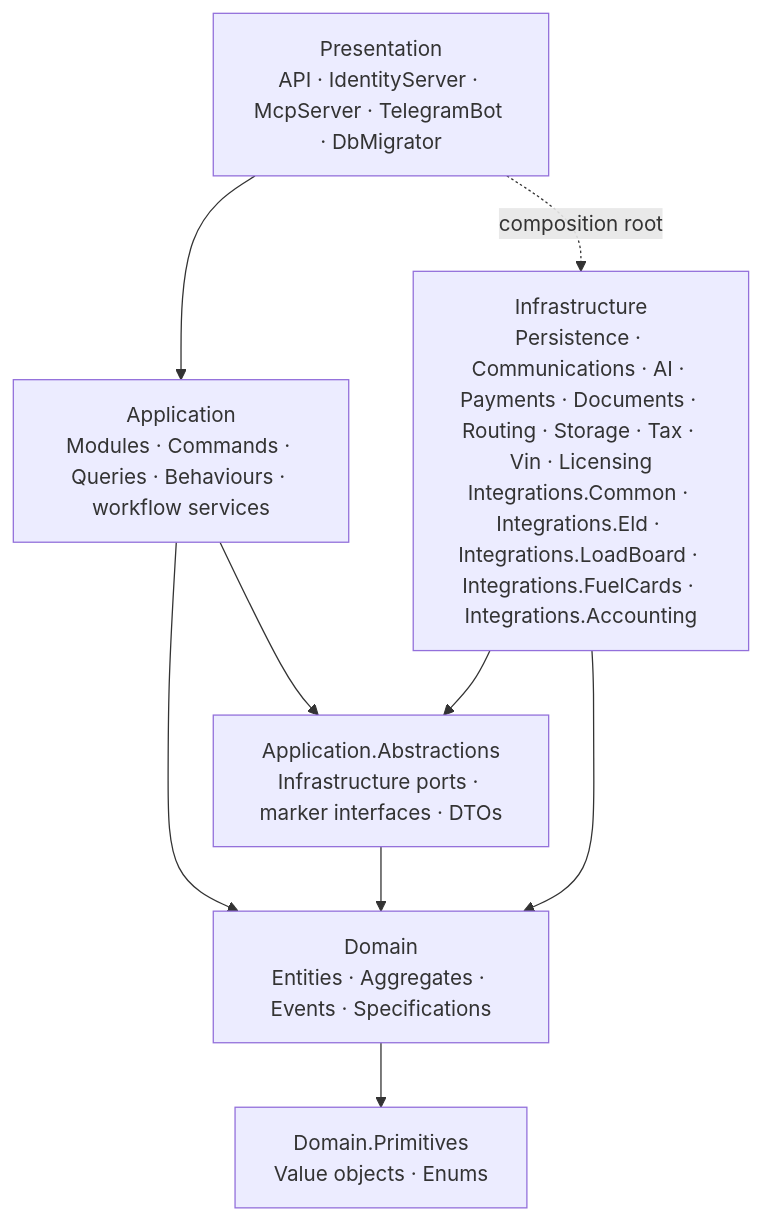
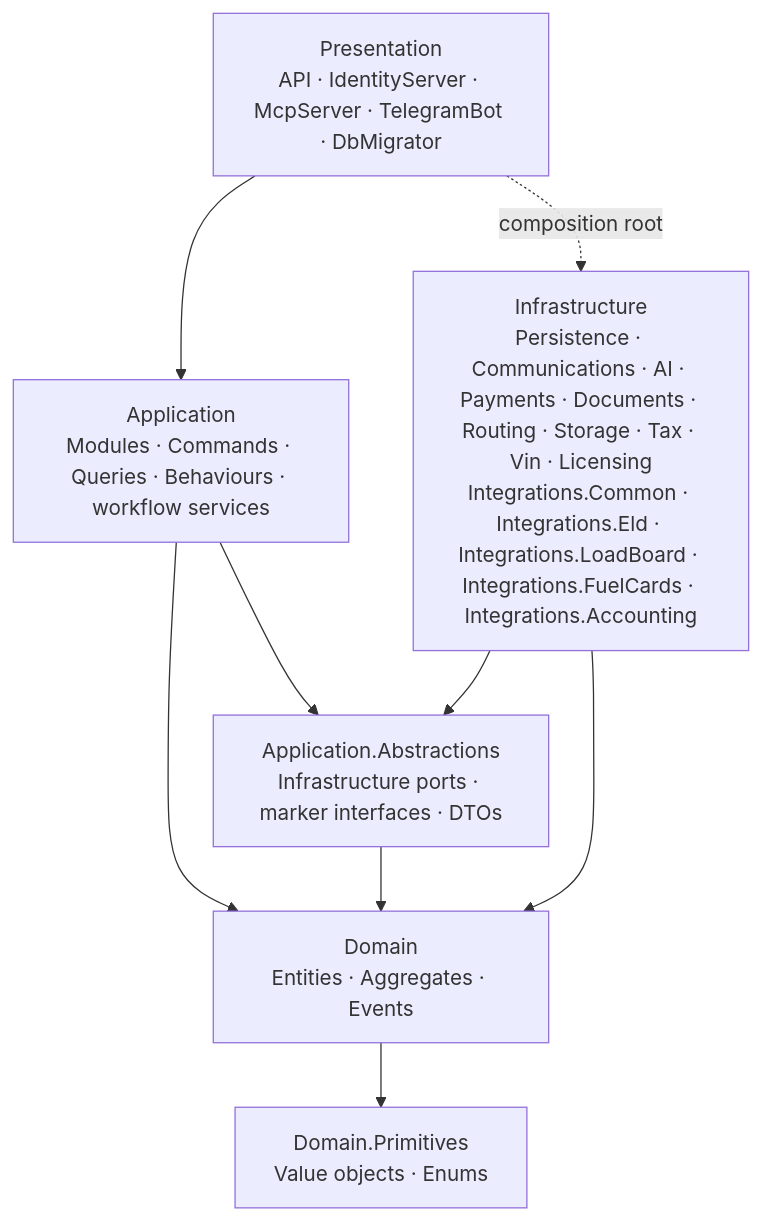
One commit to suxrobGM/logistics-app changed the second of 3 diagrams in docs/architecture/overview.md. Above: the diagram before and after it, drawn with Mermaid. The commit also changed other lines of this file and 27 other files, not shown here.

````diff
--- a/docs/architecture/overview.md
+++ b/docs/architecture/overview.md
@@ -83,18 +83,18 @@
 ```mermaid
 flowchart TB
     P["Presentation<br/>API · IdentityServer · McpServer · TelegramBot · DbMigrator"]
     A["Application<br/>Modules · Commands · Queries · Behaviours · workflow services"]
     Ab["Application.Abstractions<br/>Infrastructure ports · marker interfaces · DTOs"]
-    D["Domain<br/>Entities · Aggregates · Events · Specifications"]
+    D["Domain<br/>Entities · Aggregates · Events"]
     Pr["Domain.Primitives<br/>Value objects · Enums"]
     I["Infrastructure<br/>Persistence · Communications · AI · Payments · Documents · Routing · Storage · Tax · Vin · Licensing<br/>Integrations.Common · Integrations.Eld · Integrations.LoadBoard · Integrations.FuelCards · Integrations.Accounting"]
 
     P --> A
     P -.composition root.-> I
     A --> Ab
     A --> D
     Ab --> D
     D --> Pr
     I --> Ab
     I --> D
 ```
````
